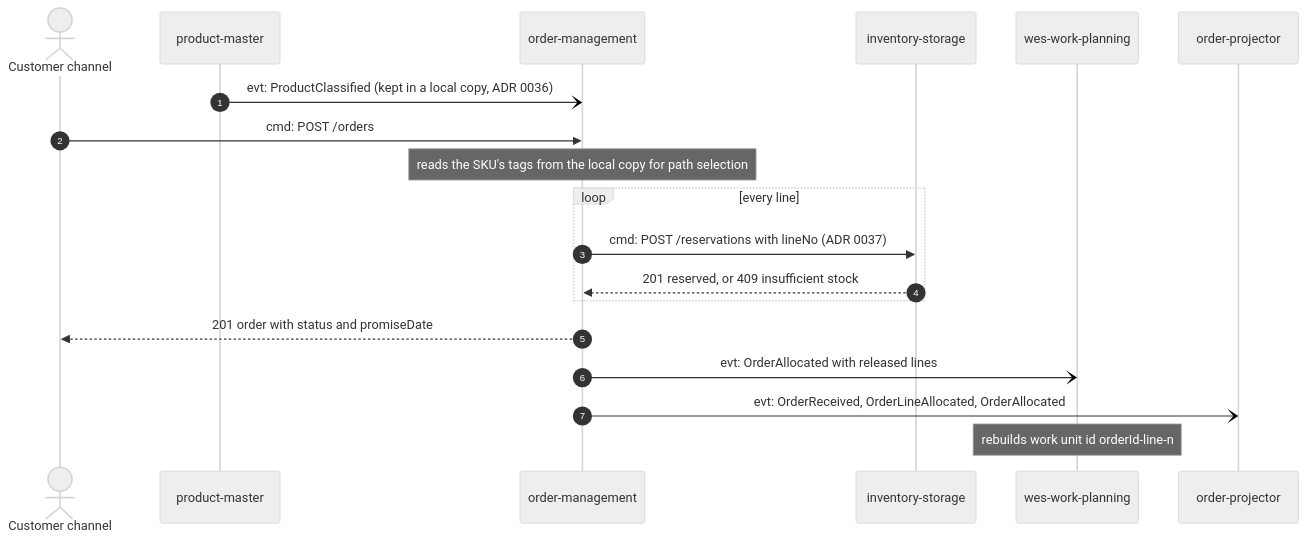
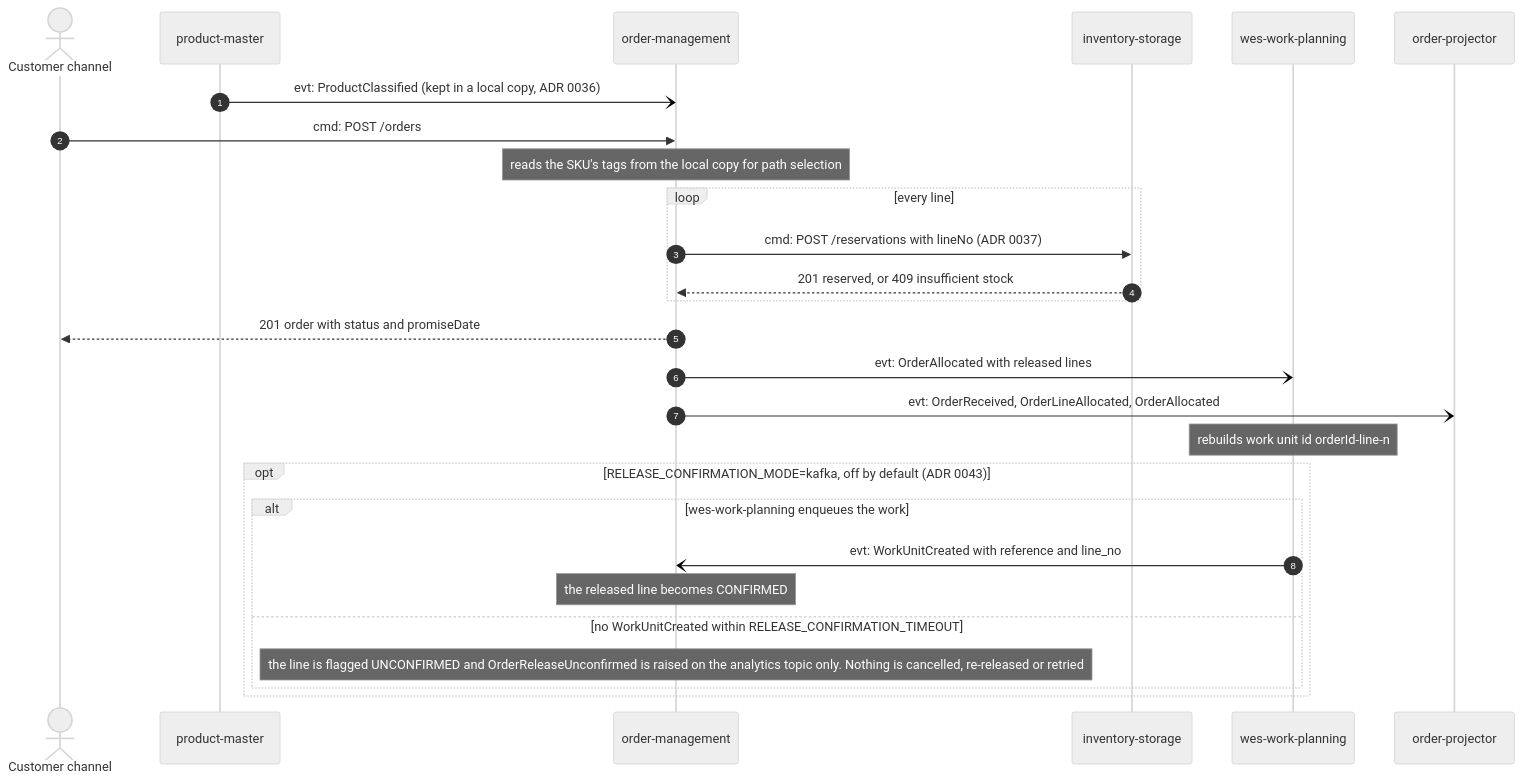
One commit to IQVO/warehouse-docs changed the first of 4 diagrams in docs/contexts/order-management/domain-message-flow.md. Above: the diagram before and after it, drawn with Mermaid (neutral theme). The commit also changed other lines of this file and 53 other files, not shown here.

````diff
--- a/docs/contexts/order-management/domain-message-flow.md
+++ b/docs/contexts/order-management/domain-message-flow.md
@@ -26,22 +26,30 @@
 ```mermaid
 sequenceDiagram
   autonumber
   actor Customer as Customer channel
   participant PM as product-master
   participant OM as order-management
   participant INV as inventory-storage
   participant WP as wes-work-planning
   participant PJ as order-projector
 
   PM-)OM: evt: ProductClassified (kept in a local copy, ADR 0036)
   Customer->>OM: cmd: POST /orders
   Note over OM: reads the SKU's tags from the local copy for path selection
   loop every line
     OM->>INV: cmd: POST /reservations with lineNo (ADR 0037)
     INV-->>OM: 201 reserved, or 409 insufficient stock
   end
   OM-->>Customer: 201 order with status and promiseDate
   OM-)WP: evt: OrderAllocated with released lines
   OM-)PJ: evt: OrderReceived, OrderLineAllocated, OrderAllocated
   Note over WP: rebuilds work unit id orderId-line-n
+  opt RELEASE_CONFIRMATION_MODE=kafka, off by default (ADR 0043)
+    alt wes-work-planning enqueues the work
+      WP-)OM: evt: WorkUnitCreated with reference and line_no
+      Note over OM: the released line becomes CONFIRMED
+    else no WorkUnitCreated within RELEASE_CONFIRMATION_TIMEOUT
+      Note over OM: the line is flagged UNCONFIRMED and OrderReleaseUnconfirmed is raised on the analytics topic only. Nothing is cancelled, re-released or retried
+    end
+  end
 ```
````
